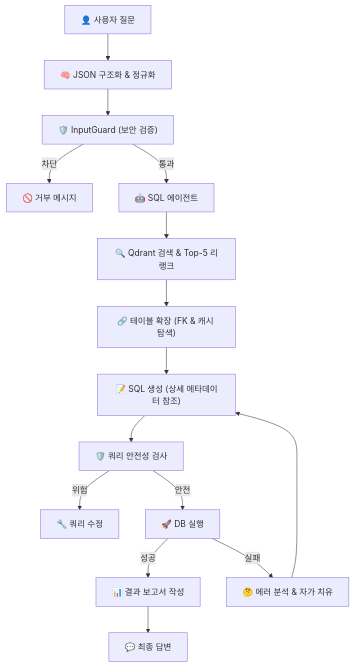
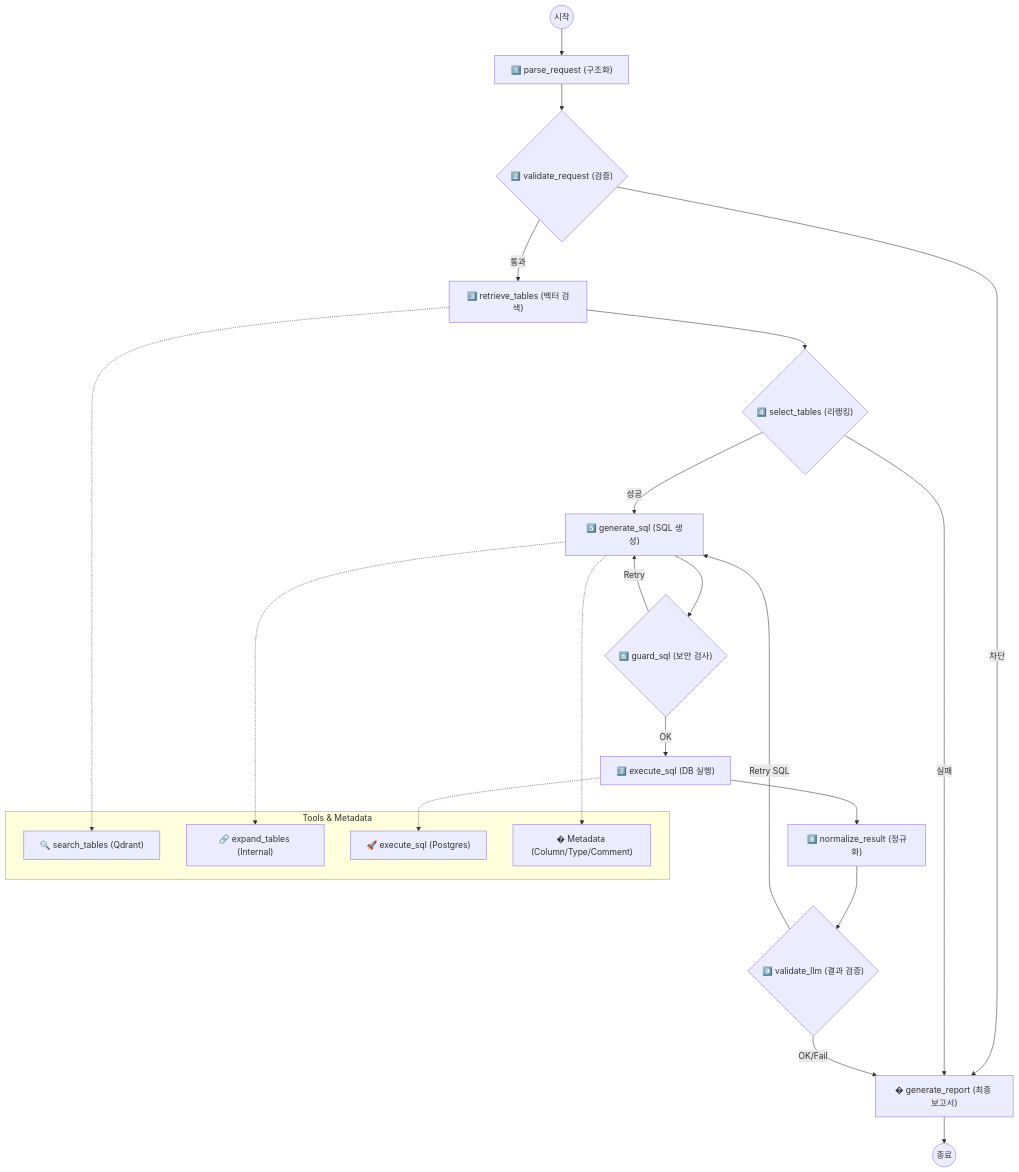
The diagram in README.md (sonsukwoo/server-agent), drawn with Mermaid before and after one commit. The commit also changed other lines of this file, not shown here.

Commit message:
feat: readme 그래프 오류 수정

````diff
--- a/README.md
+++ b/README.md
@@ -76,23 +76,46 @@
 ```mermaid
 graph TD
-    User["👤 사용자 질문"] --> JSON["🧠 JSON 구조화 & 정규화"]
-    JSON --> Middleware["🛡️ InputGuard (보안 검증)"]
+    %% Entry
+    Start((시작)) --> parse_request["1️⃣ parse_request (구조화)"]
     
-    Middleware -- "차단" --> Block["🚫 거부 메시지"]
-    Middleware -- "통과" --> Agent["🤖 SQL 에이전트"]
+    %% Input Layer
+    parse_request --> validate_request{"2️⃣ validate_request (검증)"}
     
-    Agent --> VectorSearch["🔍 Qdrant 검색 & Top-5 리랭크"]
-    VectorSearch --> TableExpansion["🔗 테이블 확장 (FK & 캐시 탐색)"]
+    %% Retrieval Layer
+    validate_request -- "통과" --> retrieve_tables["3️⃣ retrieve_tables (벡터 검색)"]
+    validate_request -- "차단" --> generate_report
     
-    TableExpansion --> GenerateSQL["📝 SQL 생성 (상세 메타데이터 참조)"]
-    GenerateSQL --> GuardSQL["🛡️ 쿼리 안전성 검사"]
+    retrieve_tables --> select_tables{"4️⃣ select_tables (리랭킹)"}
     
-    GuardSQL -- "위험" --> FixSQL["🔧 쿼리 수정"]
-    GuardSQL -- "안전" --> ExecuteSQL["🚀 DB 실행"]
+    %% Generation & Guard Layer
+    select_tables -- "성공" --> generate_sql["5️⃣ generate_sql (SQL 생성)"]
+    select_tables -- "실패" --> generate_report
     
-    ExecuteSQL -- "성공" --> Report["📊 결과 보고서 작성"]
-    ExecuteSQL -- "실패" --> Reflection["🤔 에러 분석 & 자가 치유"]
-    Reflection --> GenerateSQL
+    generate_sql --> guard_sql{"6️⃣ guard_sql (보안 검사)"}
+    guard_sql -- "Retry" --> generate_sql
+    guard_sql -- "OK" --> execute_sql["7️⃣ execute_sql (DB 실행)"]
     
-    Report --> UserResponse["💬 최종 답변"]
+    %% Execution & Validation Layer
+    execute_sql --> normalize_result["8️⃣ normalize_result (정규화)"]
+    normalize_result --> validate_llm{"9️⃣ validate_llm (결과 검증)"}
+    
+    %% Cyclic Correction
+    validate_llm -- "Retry SQL" --> generate_sql
+    validate_llm -- "OK/Fail" --> generate_report["� generate_report (최종 보고서)"]
+    
+    %% End
+    generate_report --> End((종료))
+
+    %% Tool Call Highlight
+    subgraph "Tools & Metadata"
+        T1["🔍 search_tables (Qdrant)"]
+        T2["🔗 expand_tables (Internal)"]
+        T3["🚀 execute_sql (Postgres)"]
+        M1["� Metadata (Column/Type/Comment)"]
+    end
+    
+    retrieve_tables -.-> T1
+    generate_sql -.-> T2
+    execute_sql -.-> T3
+    generate_sql -.-> M1
 ```
````
